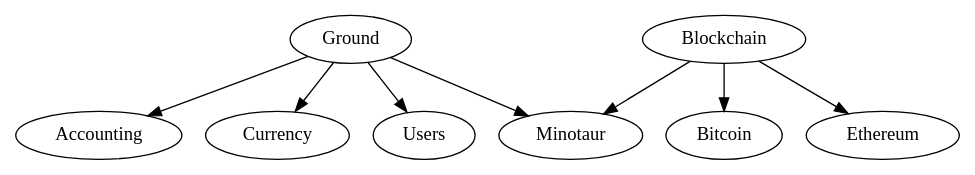
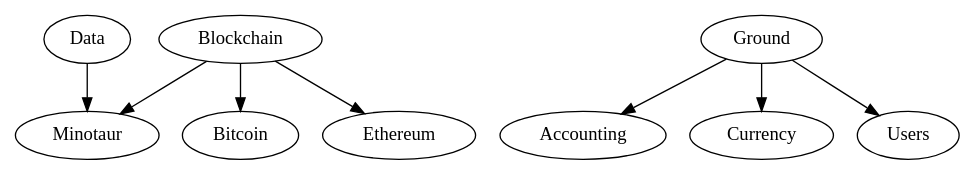
One commit to vineyard-bloom/vineyard-bloom-hub changed the diagram in src/diagrams/vineyard-dependency-graph.gv. Above: the diagram before and after it, drawn with Graphviz. The commit also changed 1 other file, not shown here.

Commit message:
Updated the vineyard dependency diagram to include vineyard-data.

```diff
--- a/src/diagrams/vineyard-dependency-graph.gv
+++ b/src/diagrams/vineyard-dependency-graph.gv
@@ -1,16 +1,19 @@
 digraph G {
 
-Ground -> {
-    Accounting
-    Currency
-    Minotaur
-    Users
+    Data -> {
+        Minotaur
+    }
+
+    Ground -> {
+        Accounting
+        Currency
+        Users
+    }
+
+    Blockchain -> {
+        Bitcoin
+        Ethereum
+        Minotaur
+    }
 
 }
-
-Blockchain -> {
-    Bitcoin
-    Ethereum
-    Minotaur
-}
-}
```
